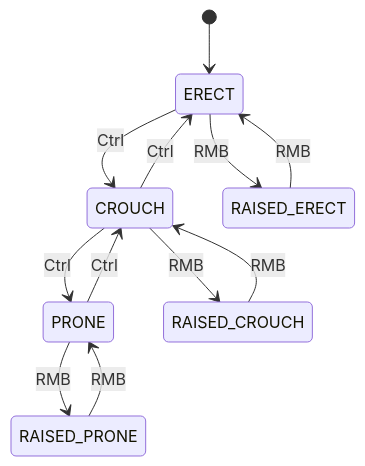
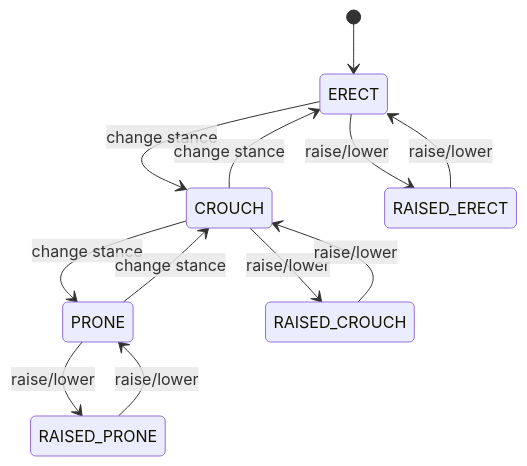
One commit to Da4EvaN00b/DayZ-Modding-Wiki changed the diagram in en/06-engine-api/18-animation-system.md. Above: the diagram before and after it, drawn with Mermaid. The commit also changed other lines of this file and 221 other files, not shown here.

````diff
--- a/en/06-engine-api/18-animation-system.md
+++ b/en/06-engine-api/18-animation-system.md
@@ -39,14 +41,14 @@
 ```mermaid
 stateDiagram-v2
     [*] --> ERECT
-    ERECT --> CROUCH: Ctrl
-    CROUCH --> PRONE: Ctrl
-    PRONE --> CROUCH: Ctrl
-    CROUCH --> ERECT: Ctrl
-    ERECT --> RAISED_ERECT: RMB
-    CROUCH --> RAISED_CROUCH: RMB
-    PRONE --> RAISED_PRONE: RMB
-    RAISED_ERECT --> ERECT: RMB
-    RAISED_CROUCH --> CROUCH: RMB
-    RAISED_PRONE --> PRONE: RMB
+    ERECT --> CROUCH: change stance
+    CROUCH --> PRONE: change stance
+    PRONE --> CROUCH: change stance
+    CROUCH --> ERECT: change stance
+    ERECT --> RAISED_ERECT: raise/lower
+    CROUCH --> RAISED_CROUCH: raise/lower
+    PRONE --> RAISED_PRONE: raise/lower
+    RAISED_ERECT --> ERECT: raise/lower
+    RAISED_CROUCH --> CROUCH: raise/lower
+    RAISED_PRONE --> PRONE: raise/lower
 ```
````
